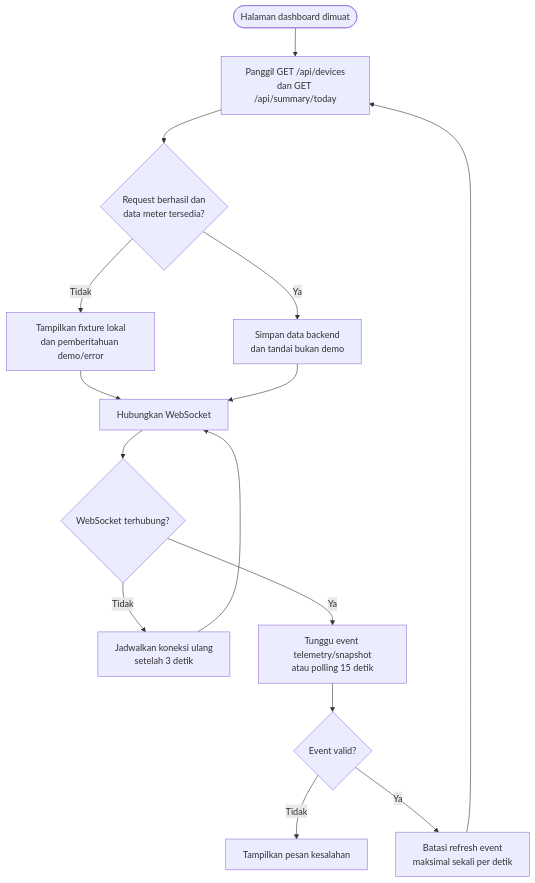
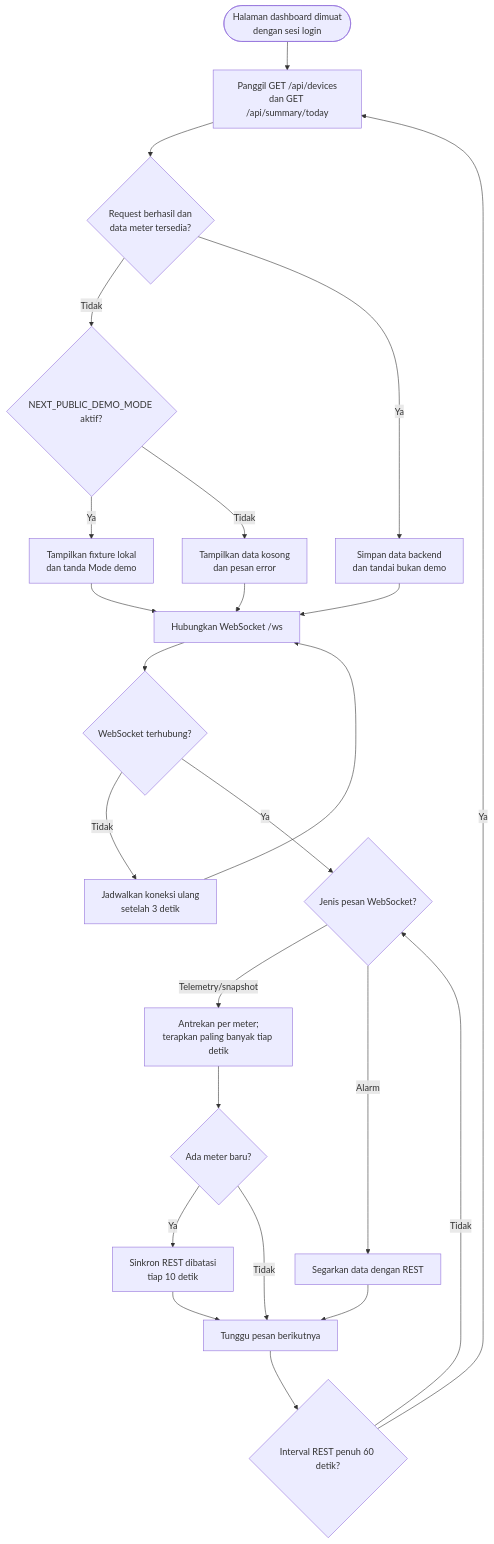
The seventh of 7 diagrams in docs/program-flowchart.md (etbimm/energy-monitoring-system), drawn with Mermaid before and after one commit. The commit also changed other lines of this file and 59 other files, not shown here.

Commit message:
1. Update addressing parameter power meter 2. Fixing bug 3. Update flowchart & diagram blok

````diff
--- a/docs/program-flowchart.md
+++ b/docs/program-flowchart.md
@@ -252,17 +299,26 @@
 ```mermaid
 flowchart TD
-    A([Halaman dashboard dimuat]) --> B[Panggil GET /api/devices<br/>dan GET /api/summary/today]
+    A([Halaman dashboard dimuat<br/>dengan sesi login]) --> B[Panggil GET /api/devices<br/>dan GET /api/summary/today]
     B --> C{Request berhasil dan<br/>data meter tersedia?}
-    C -- Tidak --> D[Tampilkan fixture lokal<br/>dan pemberitahuan demo/error]
-    C -- Ya --> E[Simpan data backend<br/>dan tandai bukan demo]
-    D --> F[Hubungkan WebSocket]
-    E --> F
-    F --> G{WebSocket terhubung?}
-    G -- Tidak --> H[Jadwalkan koneksi ulang<br/>setelah 3 detik]
-    H --> F
-    G -- Ya --> I[Tunggu event telemetry/snapshot<br/>atau polling 15 detik]
-    I --> J{Event valid?}
-    J -- Tidak --> K[Tampilkan pesan kesalahan]
-    J -- Ya --> L[Batasi refresh event<br/>maksimal sekali per detik]
-    L --> B
+    C -- Tidak --> D{NEXT_PUBLIC_DEMO_MODE aktif?}
+    D -- Ya --> E[Tampilkan fixture lokal<br/>dan tanda Mode demo]
+    D -- Tidak --> F[Tampilkan data kosong<br/>dan pesan error]
+    C -- Ya --> G[Simpan data backend<br/>dan tandai bukan demo]
+    E --> H[Hubungkan WebSocket /ws]
+    F --> H
+    G --> H
+    H --> I{WebSocket terhubung?}
+    I -- Tidak --> J[Jadwalkan koneksi ulang<br/>setelah 3 detik]
+    J --> H
+    I -- Ya --> K{Jenis pesan WebSocket?}
+    K -- Telemetry/snapshot --> L[Antrekan per meter;<br/>terapkan paling banyak tiap detik]
+    L --> M{Ada meter baru?}
+    M -- Ya --> N[Sinkron REST dibatasi<br/>tiap 10 detik]
+    M -- Tidak --> O[Tunggu pesan berikutnya]
+    N --> O
+    K -- Alarm --> P[Segarkan data dengan REST]
+    P --> O
+    O --> Q{Interval REST penuh 60 detik?}
+    Q -- Ya --> B
+    Q -- Tidak --> K
 ```
````
